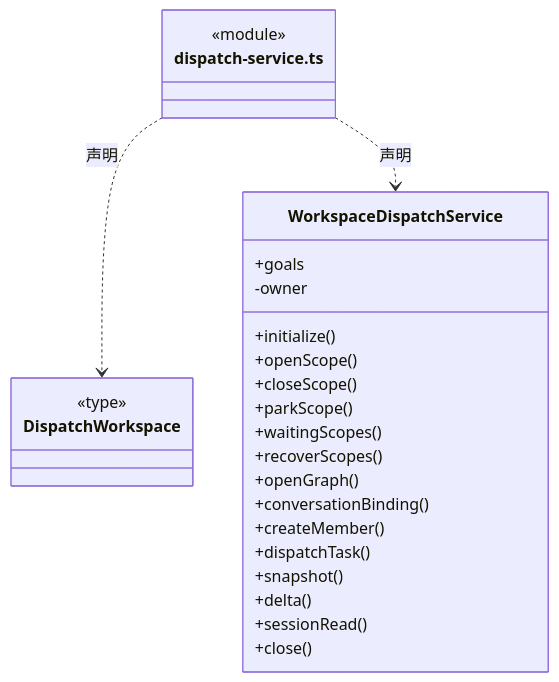
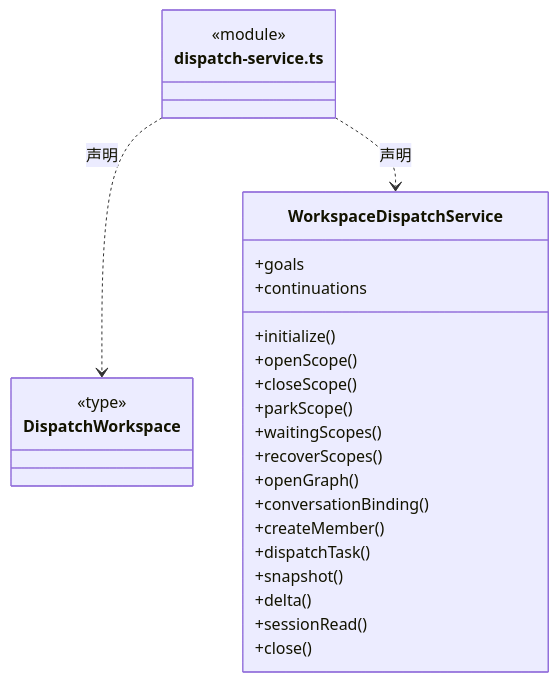
One commit to nan023062/cbim changed the fourth of 29 diagrams in src/backend/scheduler-engine/execution/ARCHITECTURE.md. Above: the diagram before and after it, drawn with Mermaid. The commit also changed other lines of this file and 60 other files, not shown here.

````diff
--- a/src/backend/scheduler-engine/execution/ARCHITECTURE.md
+++ b/src/backend/scheduler-engine/execution/ARCHITECTURE.md
@@ -138,30 +142,30 @@
 ```mermaid
 classDiagram
 class N_src_backend_scheduler_engine_execution_dispatch_service_ts["dispatch-service.ts"] {
   <<module>>
 }
 class N_src_backend_scheduler_engine_execution_dispatch_service_ts_DispatchWorkspace["DispatchWorkspace"] {
   <<type>>
 
 }
 N_src_backend_scheduler_engine_execution_dispatch_service_ts ..> N_src_backend_scheduler_engine_execution_dispatch_service_ts_DispatchWorkspace : 声明
 class N_src_backend_scheduler_engine_execution_dispatch_service_ts_WorkspaceDispatchService["WorkspaceDispatchService"] {
   +goals
+  +continuations
   +initialize()
   +openScope()
   +closeScope()
   +parkScope()
   +waitingScopes()
   +recoverScopes()
   +openGraph()
   +conversationBinding()
   +createMember()
   +dispatchTask()
   +snapshot()
   +delta()
   +sessionRead()
   +close()
-  -owner
 }
 N_src_backend_scheduler_engine_execution_dispatch_service_ts ..> N_src_backend_scheduler_engine_execution_dispatch_service_ts_WorkspaceDispatchService : 声明
 ```
````
